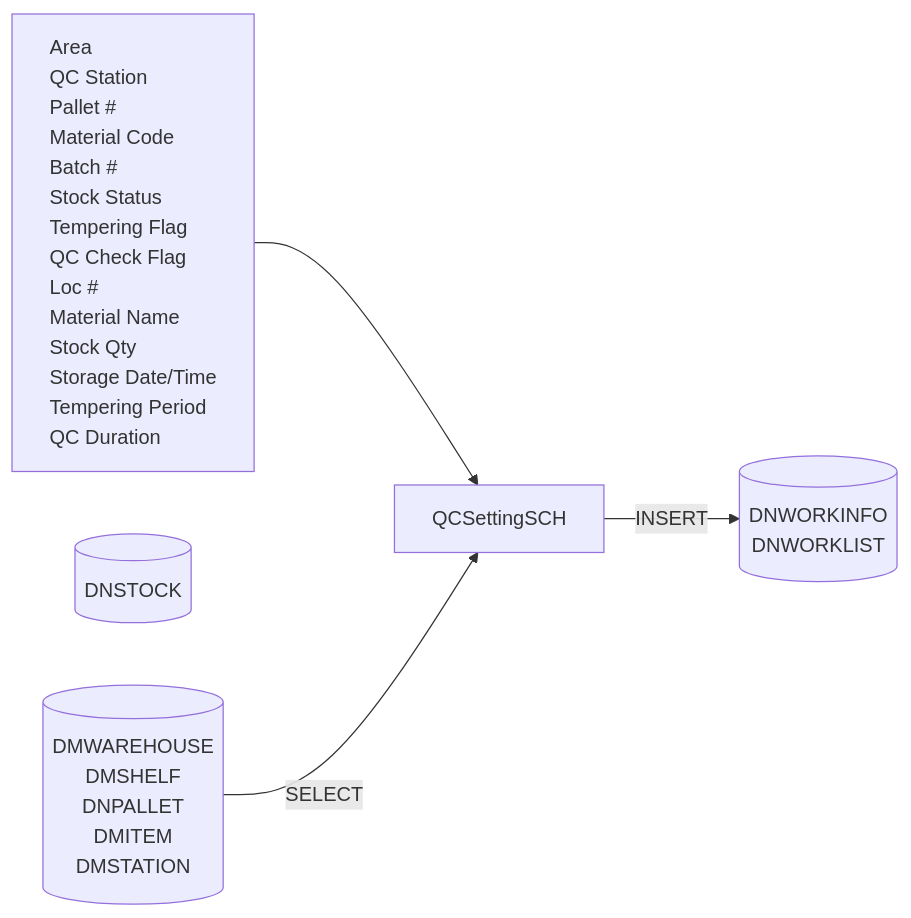
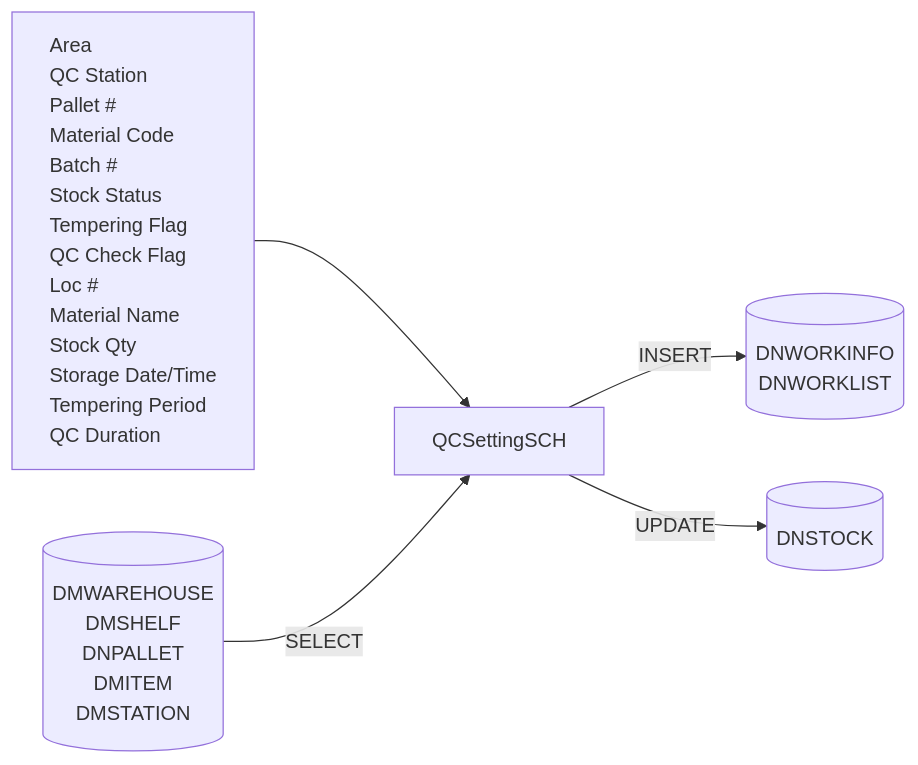
One commit to luthfiadityaa/SimeDarby-Wiki changed the third of 3 diagrams in Basic-Design/DFD-WMS/Retrieval/QC-Setting/Retrieval-for-QC-Start.md. Above: the diagram before and after it, drawn with Mermaid.

Commit message:
Updated Retrieval for QC Start

```diff
--- a/Basic-Design/DFD-WMS/Retrieval/QC-Setting/Retrieval-for-QC-Start.md
+++ b/Basic-Design/DFD-WMS/Retrieval/QC-Setting/Retrieval-for-QC-Start.md
@@ -88,44 +88,45 @@
 ::: mermaid
 flowchart LR
     input[
         Area
         QC Station
         Pallet #
         Material Code
         Batch #
         Stock Status
         Tempering Flag
         QC Check Flag
         Loc #
         Material Name
         Stock Qty
         Storage Date/Time
         Tempering Period
         QC Duration
     ]
 
     tableList-insert[("
         DNWORKINFO
         DNWORKLIST
     ")]
 
      tableList-update[("
         DNSTOCK
     ")]
 
      tableList-select[("
         DMWAREHOUSE
         DMSHELF
         DNPALLET
         DMITEM
         DMSTATION
     ")]
 
     className[QCSettingSCH]
 
     input --> className --> |INSERT| tableList-insert
     tableList-select --> |SELECT| className
+    className --> |UPDATE| tableList-update
 
     classDef leftAlign text-align:left;
     class input leftAlign;
 :::
```
